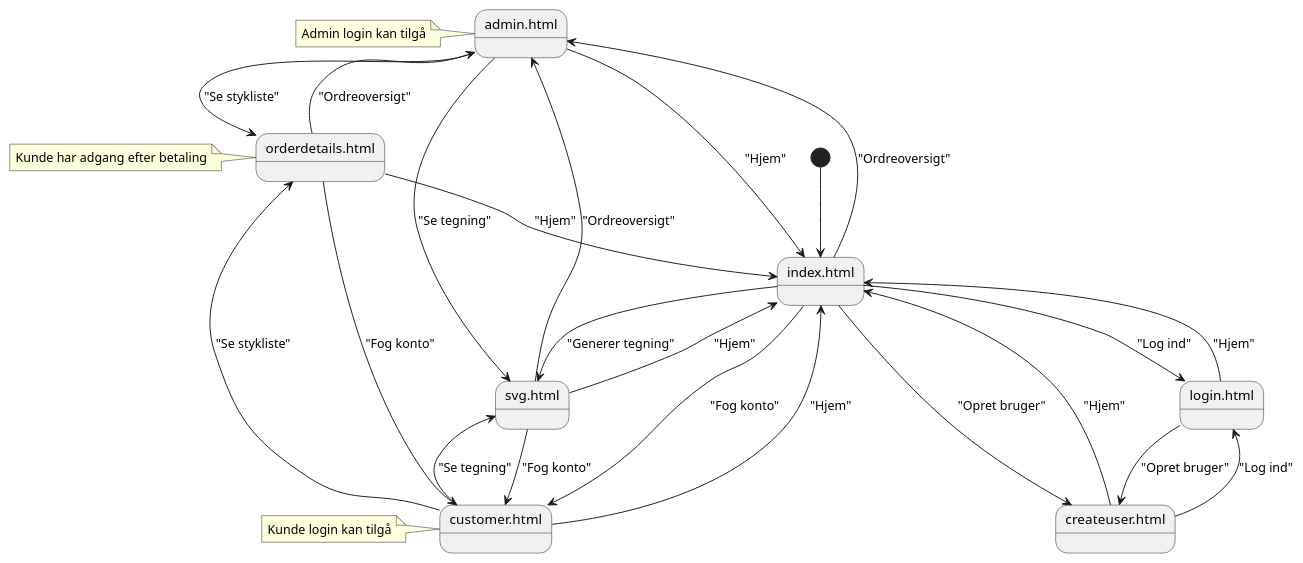
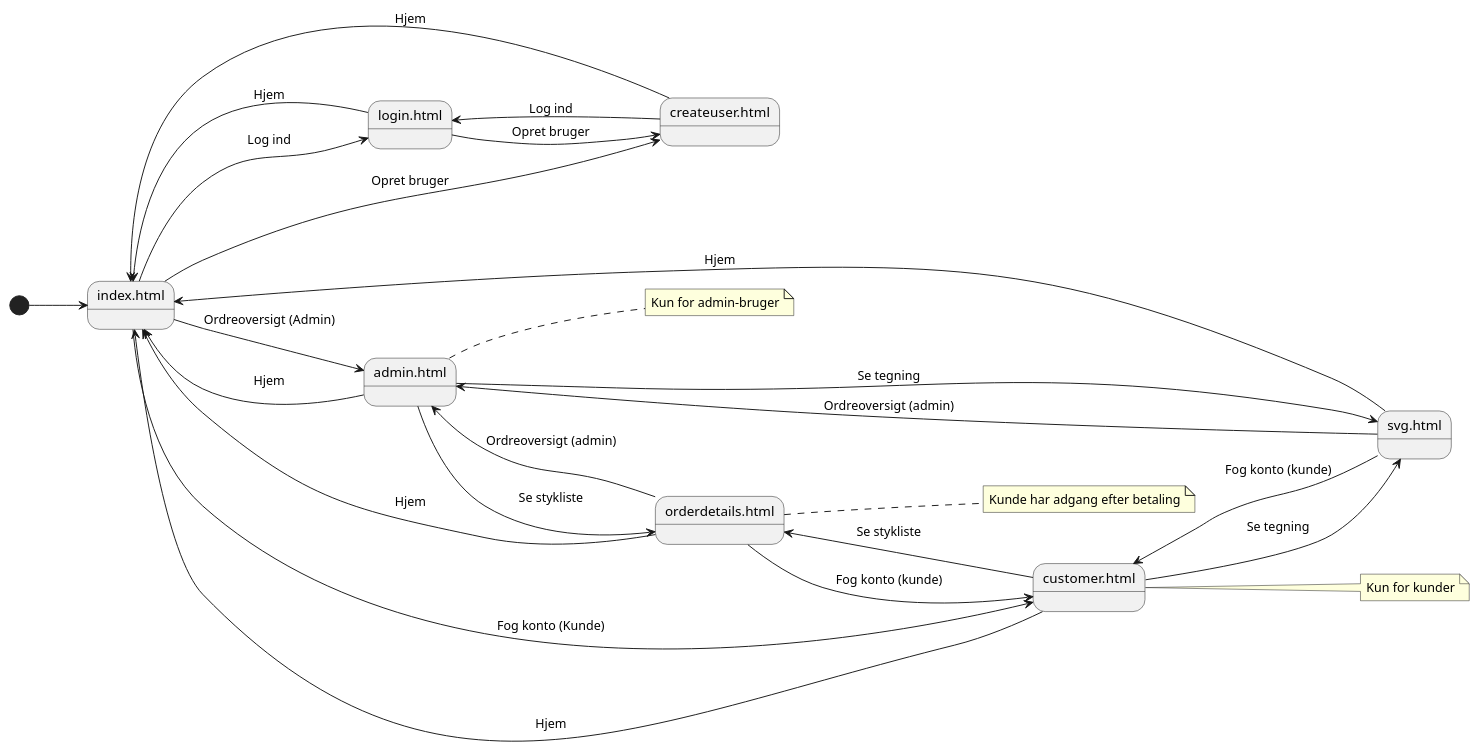
One commit to Mikkel-ao/Carport changed the diagram in docs/navigation_diagram.puml. Above: the diagram before and after it, drawn with PlantUML. The commit also changed 2 other files, not shown here.

Commit message:
Updated navigation diagrams

```diff
--- a/docs/navigation_diagram.puml
+++ b/docs/navigation_diagram.puml
@@ -1,44 +1,60 @@
 @startuml
-' Initial state
+left to right direction
+
 [*] --> Index
 
-' state to allow naming and coloring
 state "index.html" as Index
 state "login.html" as Login
 state "createuser.html" as Opret
+
+' Admin
 state "admin.html" as Admin
-state "customer.html" as Customer
-state "svg.html" as SVG
 state "orderdetails.html" as OrderDetails
 
-' States
-Index --> Login : "Log ind"
-Index --> Opret : "Opret bruger"
-Index --> Admin : "Ordreoversigt"
-Index --> Customer : "Fog konto"
-Index --> SVG : "Generer tegning"
-note left of Admin : Admin login kan tilgå
-note left of Customer : Kunde login kan tilgå
+' Kunde
+state "customer.html" as Customer
 
-Login --> Opret : "Opret bruger"
-Login --> Index : "Hjem"
-Opret --> Index : "Hjem"
-Opret --> Login : "Log ind"
+' SVG
+state "svg.html" as SVG
 
-Admin --> SVG : "Se tegning"
-Admin --> OrderDetails : "Se stykliste"
-Admin --> Index : "Hjem"
-Customer --> SVG : "Se tegning"
-Customer --> OrderDetails : "Se stykliste"
-Customer --> Index : "Hjem"
+Index --> Login : Log ind
+Index --> Opret : Opret bruger
+Index --> Admin : Ordreoversigt (Admin)
+Index --> Customer : Fog konto (Kunde)
 
-SVG --> Index : "Hjem"
-SVG --> Customer : "Fog konto"
-SVG --> Admin : "Ordreoversigt"
+' Login & Opret navigation
+Login --> Opret : Opret bruger
+Login --> Index : Hjem
+Opret --> Login : Log ind
+Opret --> Index : Hjem
 
-OrderDetails --> Admin : "Ordreoversigt"
-OrderDetails --> Customer : "Fog konto"
-OrderDetails --> Index : "Hjem"
-note left of OrderDetails : Kunde har adgang efter betaling
+' Admin navigation
+Admin --> SVG : Se tegning
+Admin --> OrderDetails : Se stykliste
+Admin --> Index : Hjem
+note right of Admin
+  Kun for admin-bruger
+end note
+
+' Customer navigation
+Customer --> SVG : Se tegning
+Customer --> OrderDetails : Se stykliste
+Customer --> Index : Hjem
+note right of Customer
+  Kun for kunder
+end note
+
+' SVG navigation
+SVG --> Admin : Ordreoversigt (admin)
+SVG --> Customer : Fog konto (kunde)
+SVG --> Index : Hjem
+
+' OrderDetails navigation
+OrderDetails --> Admin : Ordreoversigt (admin)
+OrderDetails --> Customer : Fog konto (kunde)
+OrderDetails --> Index : Hjem
+note right of OrderDetails
+  Kunde har adgang efter betaling
+end note
 
 @enduml
```
